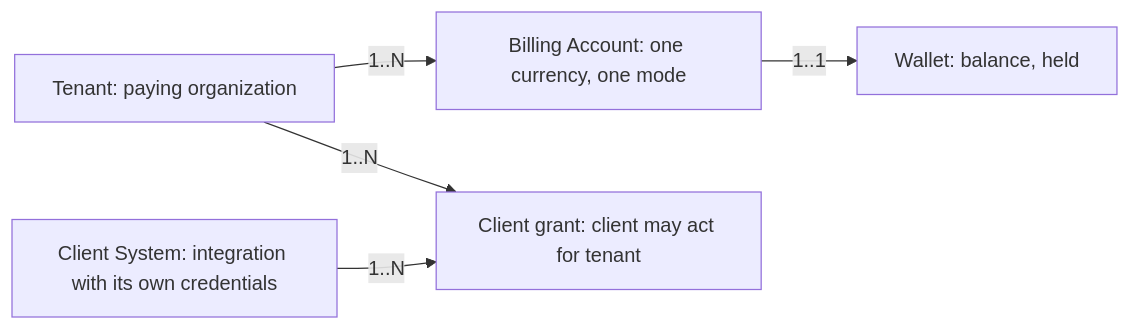
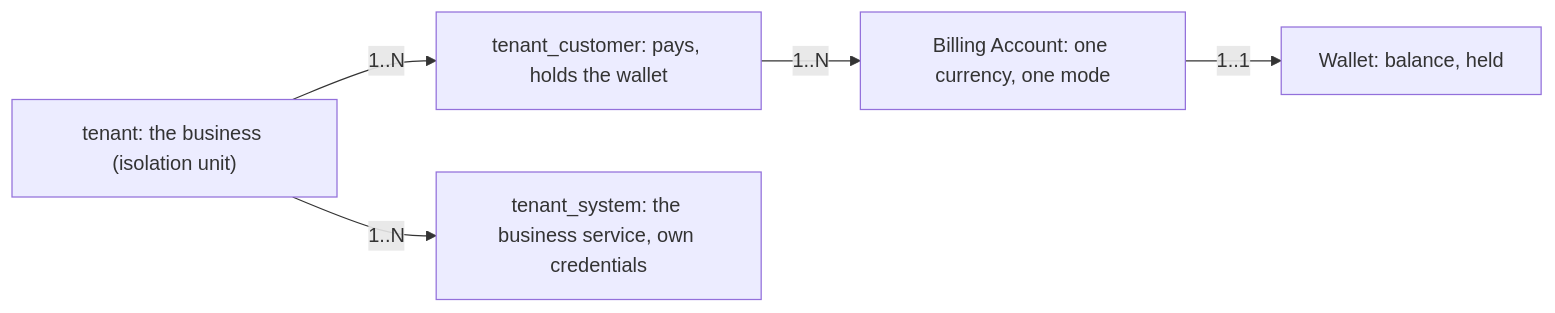
One commit to ninggiangboy/billing-system changed diagram 12 of 19 in generic-billing-system-sdd.md. Above: the diagram before and after it, drawn with Mermaid. The commit also changed other lines of this file and 4 other files, not shown here.

````diff
--- a/generic-billing-system-sdd.md
+++ b/generic-billing-system-sdd.md
@@ -1810,13 +1813,13 @@
 ```mermaid
 flowchart LR
-    tenant["Tenant: paying organization"]
+    tenant["tenant: the business (isolation unit)"]
+    customer["tenant_customer: pays, holds the wallet"]
     account["Billing Account: one currency, one mode"]
     wallet["Wallet: balance, held"]
-    client["Client System: integration with its own credentials"]
-    grant["Client grant: client may act for tenant"]
+    sys["tenant_system: the business service, own credentials"]
 
-    tenant -- "1..N" --> account
+    tenant -- "1..N" --> customer
+    customer -- "1..N" --> account
     account -- "1..1" --> wallet
-    client -- "1..N" --> grant
-    tenant -- "1..N" --> grant
+    tenant -- "1..N" --> sys
 ```
````
